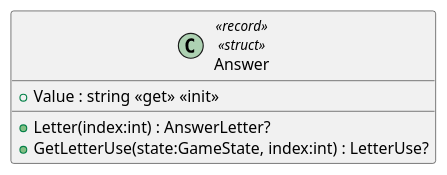
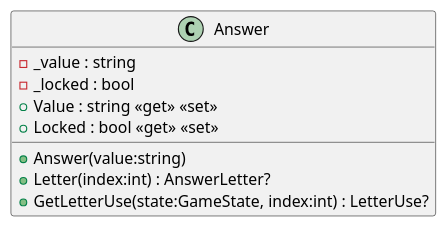
One commit to Caellian/UNIRI_OP_project changed the diagram in PlantUML/Model/Answer.puml. Above: the diagram before and after it, drawn with PlantUML. The commit also changed 46 other files, not shown here.

```diff
--- a/PlantUML/Model/Answer.puml
+++ b/PlantUML/Model/Answer.puml
@@ -1,7 +1,11 @@
 @startuml
-class Answer <<record>> <<struct>> {
-    + Value : string <<get>> <<init>>
+class Answer {
+    - _value : string
+    - _locked : bool
+    + Value : string <<get>> <<set>>
+    + Locked : bool <<get>> <<set>>
+    + Answer(value:string)
     + Letter(index:int) : AnswerLetter?
     + GetLetterUse(state:GameState, index:int) : LetterUse?
 }
 @enduml
```
